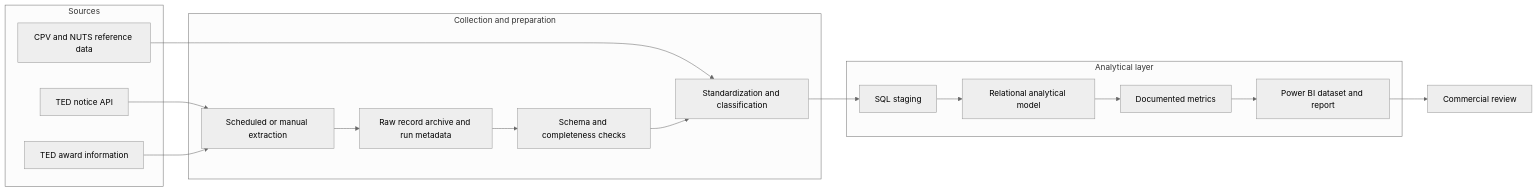
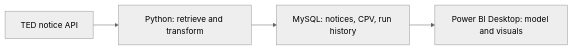
One commit to VahidMohammadii/German-Public-Sector-Digital-Demand-Intelligence changed the first of 2 diagrams in docs/architecture.md. Above: the diagram before and after it, drawn with Mermaid (neutral theme). The commit also changed other lines of this file, not shown here.

Commit message:
docs: refresh architecture.md with current project status

````diff
--- a/docs/architecture.md
+++ b/docs/architecture.md
@@ -7,29 +9,6 @@
 ```mermaid
 flowchart LR
-    subgraph Sources["Sources"]
-        A["TED notice API"]
-        B["TED award information"]
-        C["CPV and NUTS reference data"]
-    end
-
-    subgraph Pipeline["Collection and preparation"]
-        D["Scheduled or manual extraction"]
-        E["Raw record archive and run metadata"]
-        F["Schema and completeness checks"]
-        G["Standardization and classification"]
-    end
-
-    subgraph Analytics["Analytical layer"]
-        H["SQL staging"]
-        I["Relational analytical model"]
-        J["Documented metrics"]
-        K["Power BI dataset and report"]
-    end
-
-    L["Commercial review"]
-
-    A --> D
-    B --> D
-    C --> G
-    D --> E --> F --> G --> H --> I --> J --> K --> L
+    A["TED notice API"] --> B["Python: retrieve and transform"]
+    B --> C["MySQL: notices, CPV, run history"]
+    C --> D["Power BI Desktop: model and visuals"]
 ```
````
